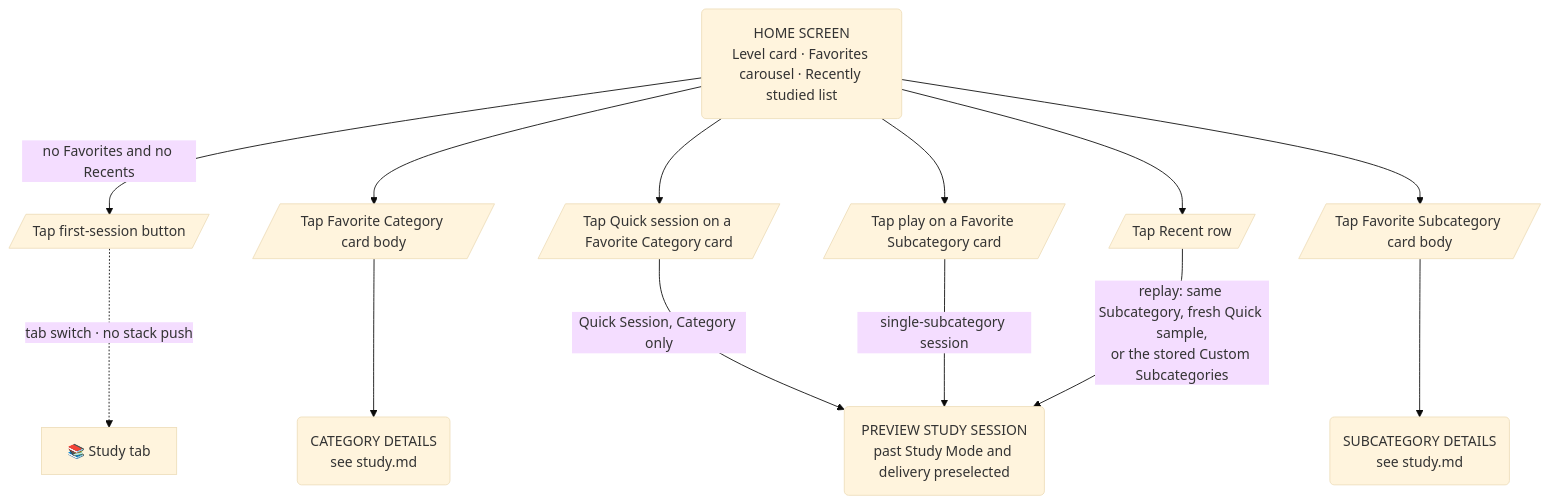
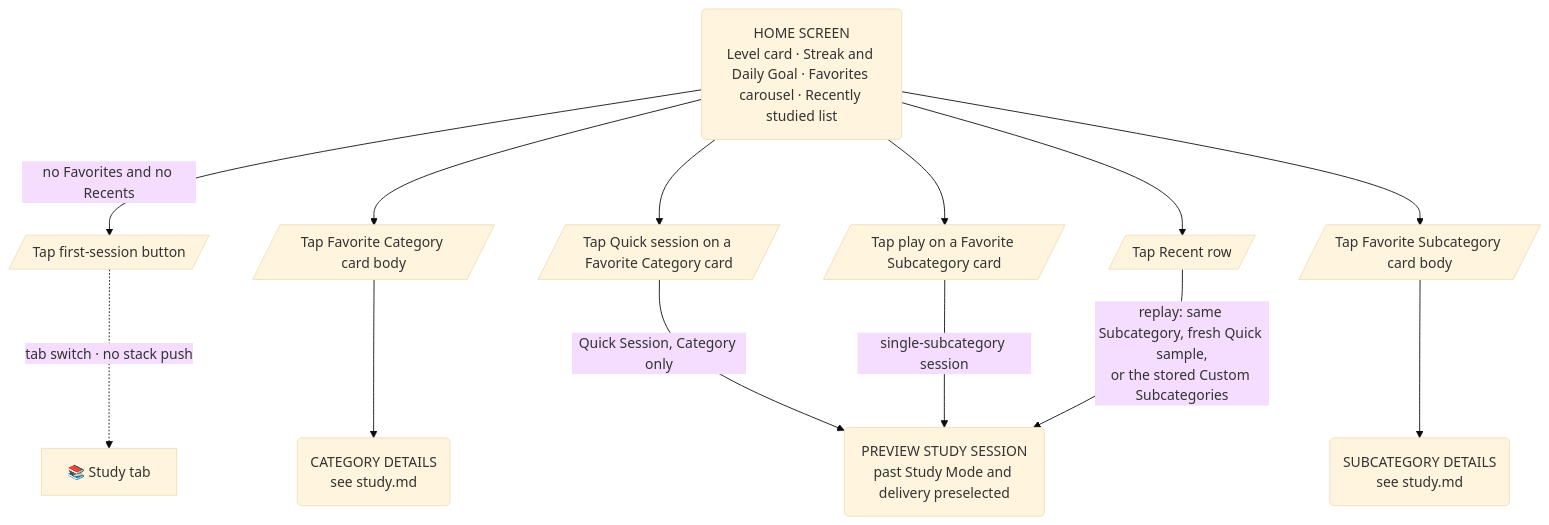
The diagram in docs/user-flow/home.md (rmakowiecki/Flashcards), drawn with Mermaid (base theme) before and after one commit. The commit also changed 13 other files, not shown here.

Commit message:
feat(home): show the Streak and Daily Goal row below the Level card

````diff
--- a/docs/user-flow/home.md
+++ b/docs/user-flow/home.md
@@ -7,25 +7,25 @@
 ```mermaid
 flowchart TD
 
     %% Legend: (Screen)  [/Action/]  {Decision}  ([Entry/Exit])
 
-    Home(HOME SCREEN\nLevel card · Favorites carousel · Recently studied list)
+    Home(HOME SCREEN\nLevel card · Streak and Daily Goal · Favorites carousel · Recently studied list)
 
     %% ── Empty state ───────────────────────────────────────────────
     Home -->|no Favorites and no Recents| EmptyCTA[/Tap first-session button/]
     EmptyCTA -.->|tab switch · no stack push| StudyTab[📚 Study tab]
 
     %% ── Favorites ─────────────────────────────────────────────────
     Home --> TapCategoryCard[/Tap Favorite Category card body/]
     TapCategoryCard --> CatDetails(CATEGORY DETAILS\nsee study.md)
     Home --> TapQuick[/Tap Quick session on a Favorite Category card/]
     TapQuick -->|Quick Session, Category only| Preview
     Home --> TapSubcategoryCard[/Tap Favorite Subcategory card body/]
     TapSubcategoryCard --> SubcatDetails(SUBCATEGORY DETAILS\nsee study.md)
     Home --> TapPlay[/Tap play on a Favorite Subcategory card/]
     TapPlay -->|single-subcategory session| Preview
 
     %% ── Recents ───────────────────────────────────────────────────
     Home --> TapRecent[/Tap Recent row/]
     TapRecent -->|replay: same Subcategory, fresh Quick sample,\nor the stored Custom Subcategories| Preview(PREVIEW STUDY SESSION\npast Study Mode and delivery preselected)
 ```
````
